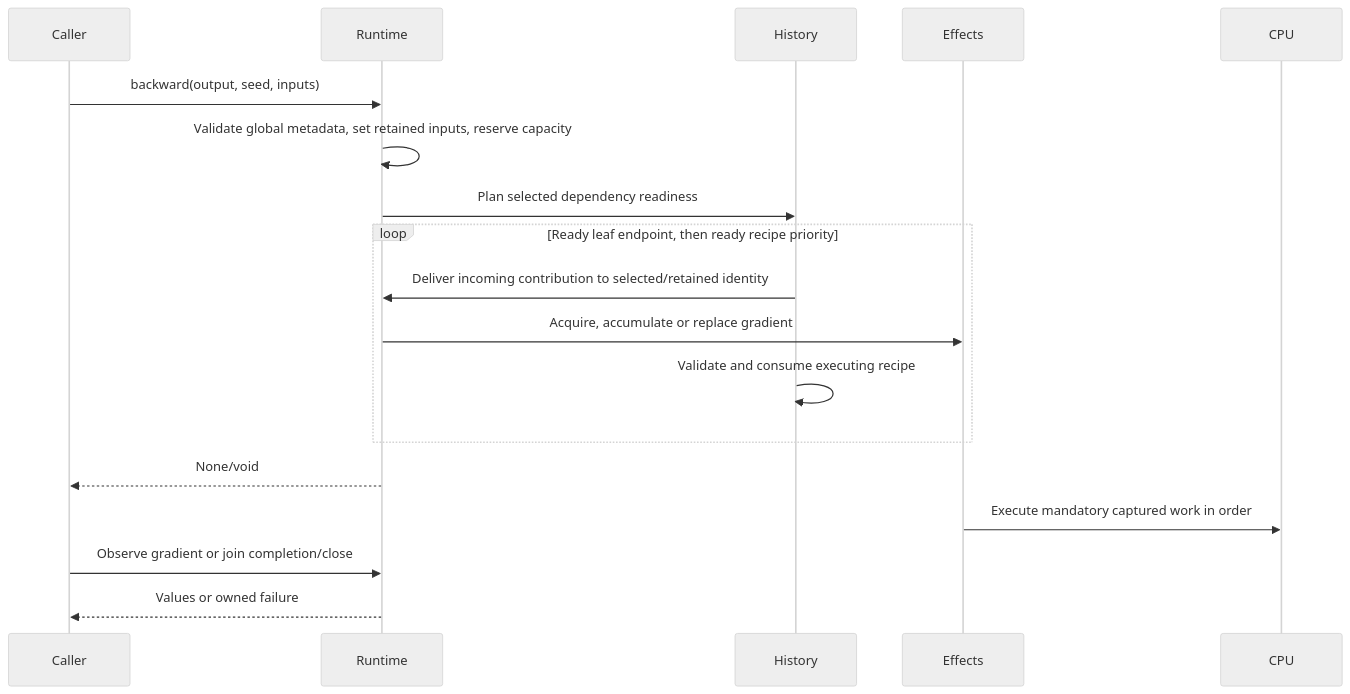
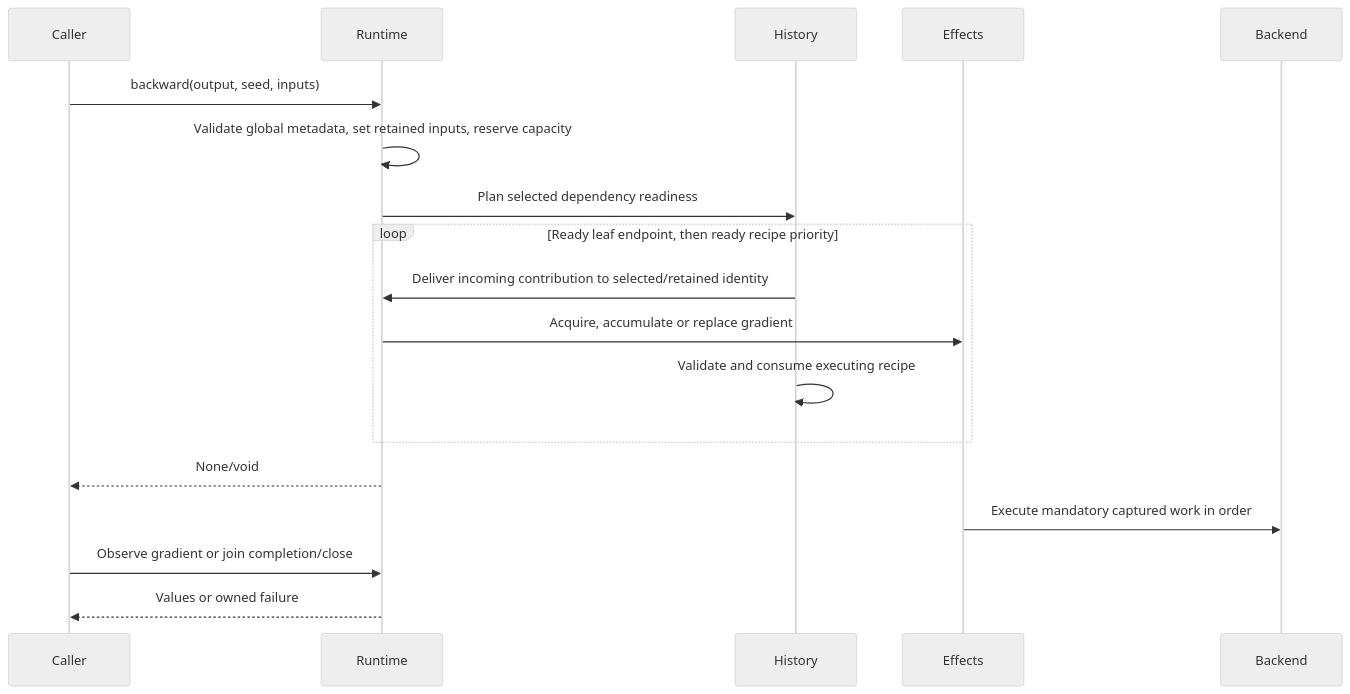
Before and after one commit to isaacperez/tabgrad: the diagram in docs/flows/backward-gradients.md, drawn with Mermaid (neutral theme). The commit also changed other lines of this file and 33 other files, not shown here.

````diff
--- a/docs/flows/backward-gradients.md
+++ b/docs/flows/backward-gradients.md
@@ -18,20 +18,20 @@
 ```mermaid
 sequenceDiagram
     participant Caller
     participant Runtime
     participant History
     participant Effects
-    participant CPU
+    participant Backend
     Caller->>Runtime: backward(output, seed, inputs)
     Runtime->>Runtime: Validate global metadata, set retained inputs, reserve capacity
     Runtime->>History: Plan selected dependency readiness
     loop Ready leaf endpoint, then ready recipe priority
         History->>Runtime: Deliver incoming contribution to selected/retained identity
         Runtime->>Effects: Acquire, accumulate or replace gradient
         History->>History: Validate and consume executing recipe
     end
     Runtime-->>Caller: None/void
-    Effects->>CPU: Execute mandatory captured work in order
+    Effects->>Backend: Execute mandatory captured work in order
     Caller->>Runtime: Observe gradient or join completion/close
     Runtime-->>Caller: Values or owned failure
 ```
````
